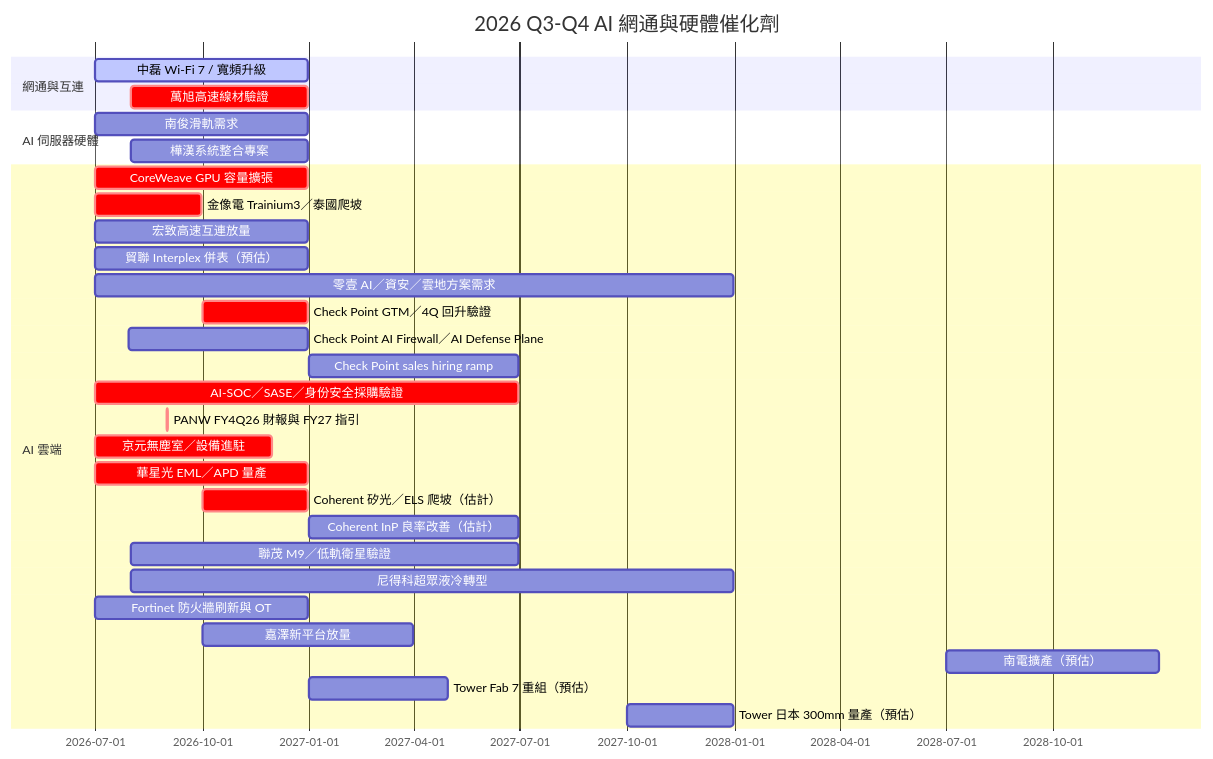
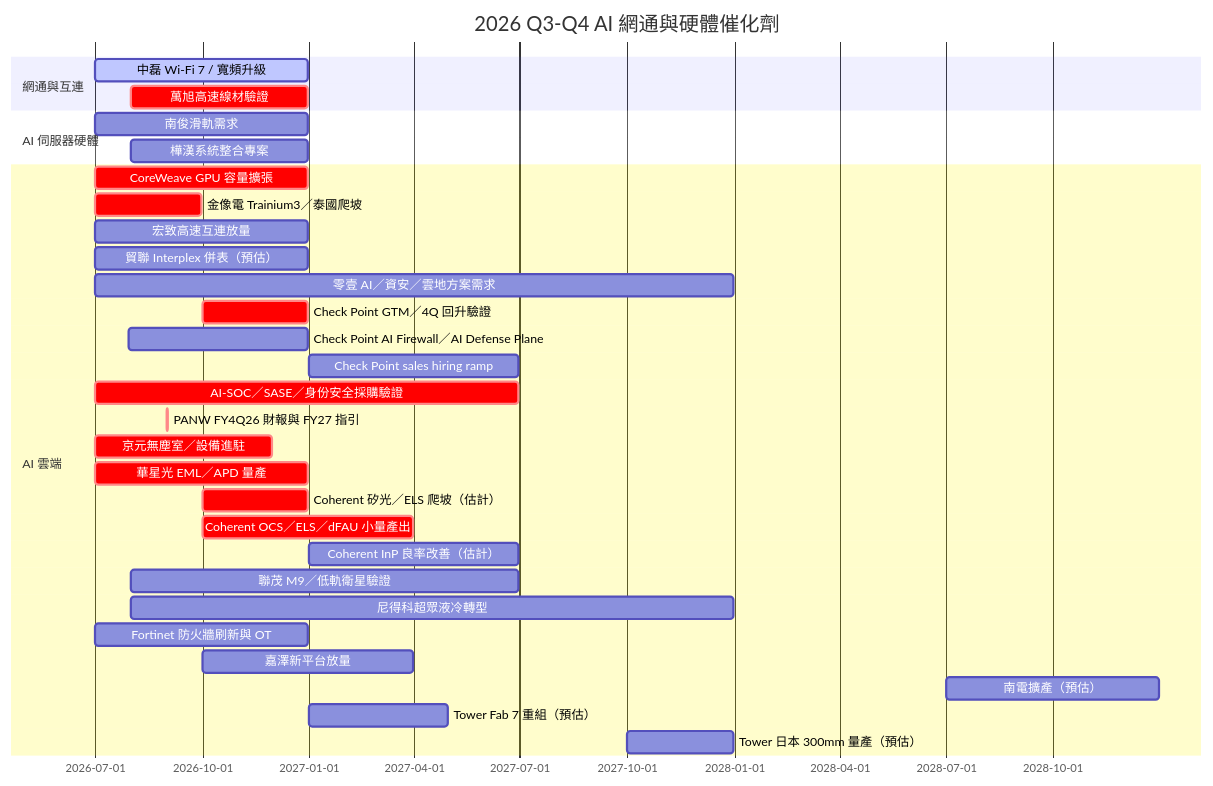
Before and after one commit to kevn950324/wiki_Stockv2: the diagram in content/lib/5.schedule/時程_2026Q3Q4_AI網通與硬體催化劑.md, drawn with Mermaid. The commit also changed other lines of this file and 8 other files, not shown here.

````diff
--- a/content/lib/5.schedule/時程_2026Q3Q4_AI網通與硬體催化劑.md
+++ b/content/lib/5.schedule/時程_2026Q3Q4_AI網通與硬體催化劑.md
@@ -56,33 +57,34 @@
 ```mermaid
 gantt
     title 2026 Q3-Q4 AI 網通與硬體催化劑
     dateFormat YYYY-MM-DD
     section 網通與互連
     中磊 Wi-Fi 7 / 寬頻升級 :active, 2026-07-01, 2026-12-31
     萬旭高速線材驗證 :crit, 2026-08-01, 2026-12-31
     section AI 伺服器硬體
     南俊滑軌需求 :2026-07-01, 2026-12-31
     樺漢系統整合專案 :2026-08-01, 2026-12-31
     section AI 雲端
     CoreWeave GPU 容量擴張 :crit, 2026-07-01, 2026-12-31
     金像電 Trainium3／泰國爬坡 :crit, 2026-07-01, 2026-09-30
     宏致高速互連放量 :2026-07-01, 2026-12-31
     貿聯 Interplex 併表（預估） :2026-07-01, 2026-12-31
     零壹 AI／資安／雲地方案需求 :2026-07-01, 2027-12-31
     Check Point GTM／4Q 回升驗證 :crit, 2026-10-01, 2026-12-31
     Check Point AI Firewall／AI Defense Plane :2026-07-30, 2026-12-31
     Check Point sales hiring ramp :2027-01-01, 2027-06-30
     AI-SOC／SASE／身份安全採購驗證 :crit, 2026-07-01, 2027-06-30
     PANW FY4Q26 財報與 FY27 指引 :crit, 2026-09-01, 2026-09-02
     京元無塵室／設備進駐 :crit, 2026-07-01, 2026-11-30
     華星光 EML／APD 量產 :crit, 2026-07-01, 2026-12-31
     Coherent 矽光／ELS 爬坡（估計） :crit, 2026-10-01, 2026-12-31
+    Coherent OCS／ELS／dFAU 小量產出 :crit, 2026-10-01, 2027-03-31
     Coherent InP 良率改善（估計） :2027-01-01, 2027-06-30
     聯茂 M9／低軌衛星驗證 :2026-08-01, 2027-06-30
     尼得科超眾液冷轉型 :2026-08-01, 2027-12-31
     Fortinet 防火牆刷新與 OT :2026-07-01, 2026-12-31
     嘉澤新平台放量 :2026-10-01, 2027-03-31
     南電擴產（預估） :2028-07-01, 2028-12-31
     Tower Fab 7 重組（預估） :2027-01-01, 2027-04-30
     Tower 日本 300mm 量產（預估） :2027-10-01, 2027-12-31
 ```
````
